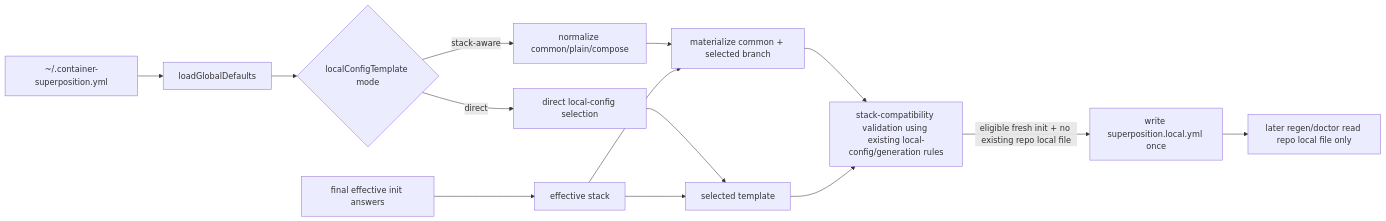
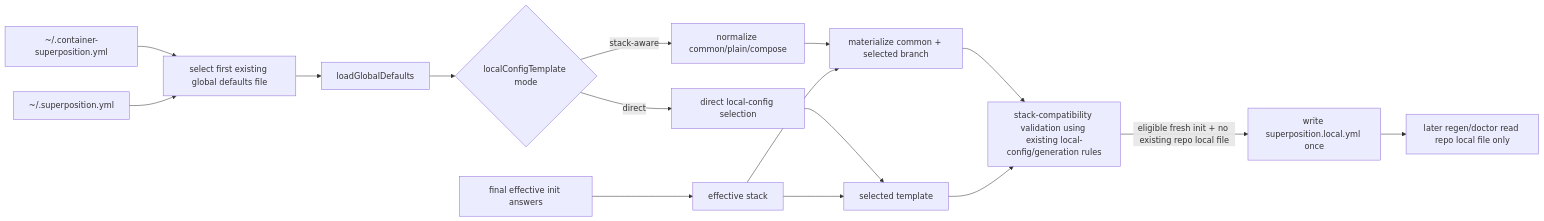
Before and after one commit to veggerby/container-superposition: the diagram in docs/specs/042-global-default-configuration/spec.md, drawn with Mermaid. The commit also changed other lines of this file and 10 other files, not shown here.

First line of the commit message:
refactor: update global defaults handling and documentation

````diff
--- a/docs/specs/042-global-default-configuration/spec.md
+++ b/docs/specs/042-global-default-configuration/spec.md
@@ -273,16 +291,18 @@
 ```mermaid
 flowchart LR
-    A[~/.container-superposition.yml] --> B[loadGlobalDefaults]
-    B --> C{localConfigTemplate mode}
-    C -->|direct| D[direct local-config selection]
-    C -->|stack-aware| E[normalize common/plain/compose]
-    F[final effective init answers] --> G[effective stack]
-    E --> H[materialize common + selected branch]
-    D --> I[selected template]
-    G --> H
-    G --> I
-    H --> J[stack-compatibility validation using existing local-config/generation rules]
-    I --> J
-    J -->|eligible fresh init + no existing repo local file| K[write superposition.local.yml once]
-    K --> L[later regen/doctor read repo local file only]
+    A[~/.container-superposition.yml] --> B[select first existing global defaults file]
+    A2[~/.superposition.yml] --> B
+    B --> C[loadGlobalDefaults]
+    C --> D{localConfigTemplate mode}
+    D -->|direct| E[direct local-config selection]
+    D -->|stack-aware| F[normalize common/plain/compose]
+    G[final effective init answers] --> H[effective stack]
+    F --> I[materialize common + selected branch]
+    E --> J[selected template]
+    H --> I
+    H --> J
+    I --> K[stack-compatibility validation using existing local-config/generation rules]
+    J --> K
+    K -->|eligible fresh init + no existing repo local file| L[write superposition.local.yml once]
+    L --> M[later regen/doctor read repo local file only]
 ```
````
